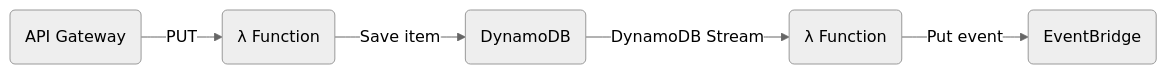
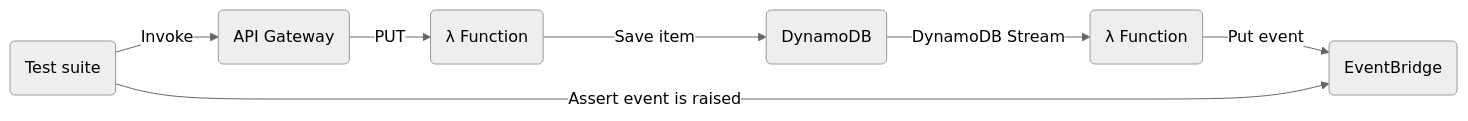
One commit to mhlabs/serverless-testing-tool changed the diagram in README.md. Above: the diagram before and after it, drawn with Mermaid (neutral theme).

````diff
--- a/README.md
+++ b/README.md
@@ -87,7 +87,9 @@
 ```mermaid
 graph LR
-    A(API Gateway) -->|PUT| B(λ Function)
+    TEST(Test suite) --> |Invoke|A(API Gateway)
+    A -->|PUT| B(λ Function)
     B --> |Save item| C(DynamoDB)
-    C --> |DynamoDB Stream| D(λ Function)
+    C --> |DynamoDB Stream| D(λ Function)   
     D --> |Put event| E(EventBridge)
+    TEST --> |Assert event is raised| E
 ```
````
